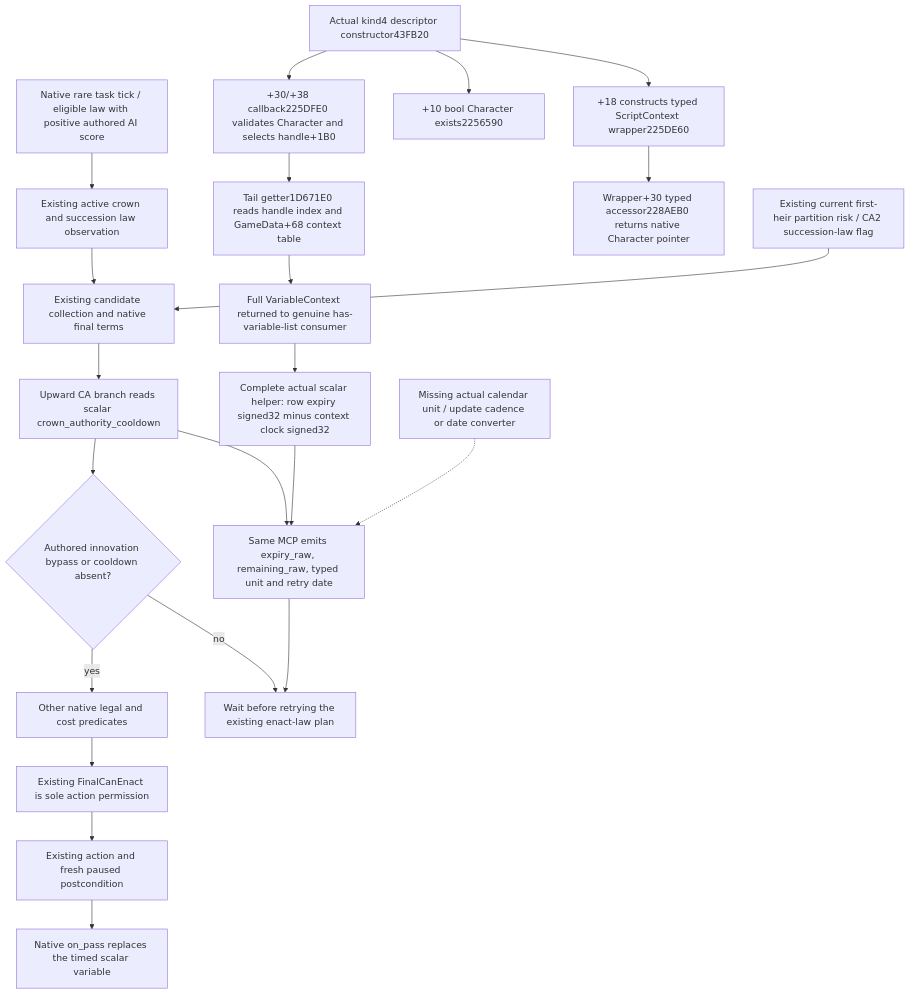
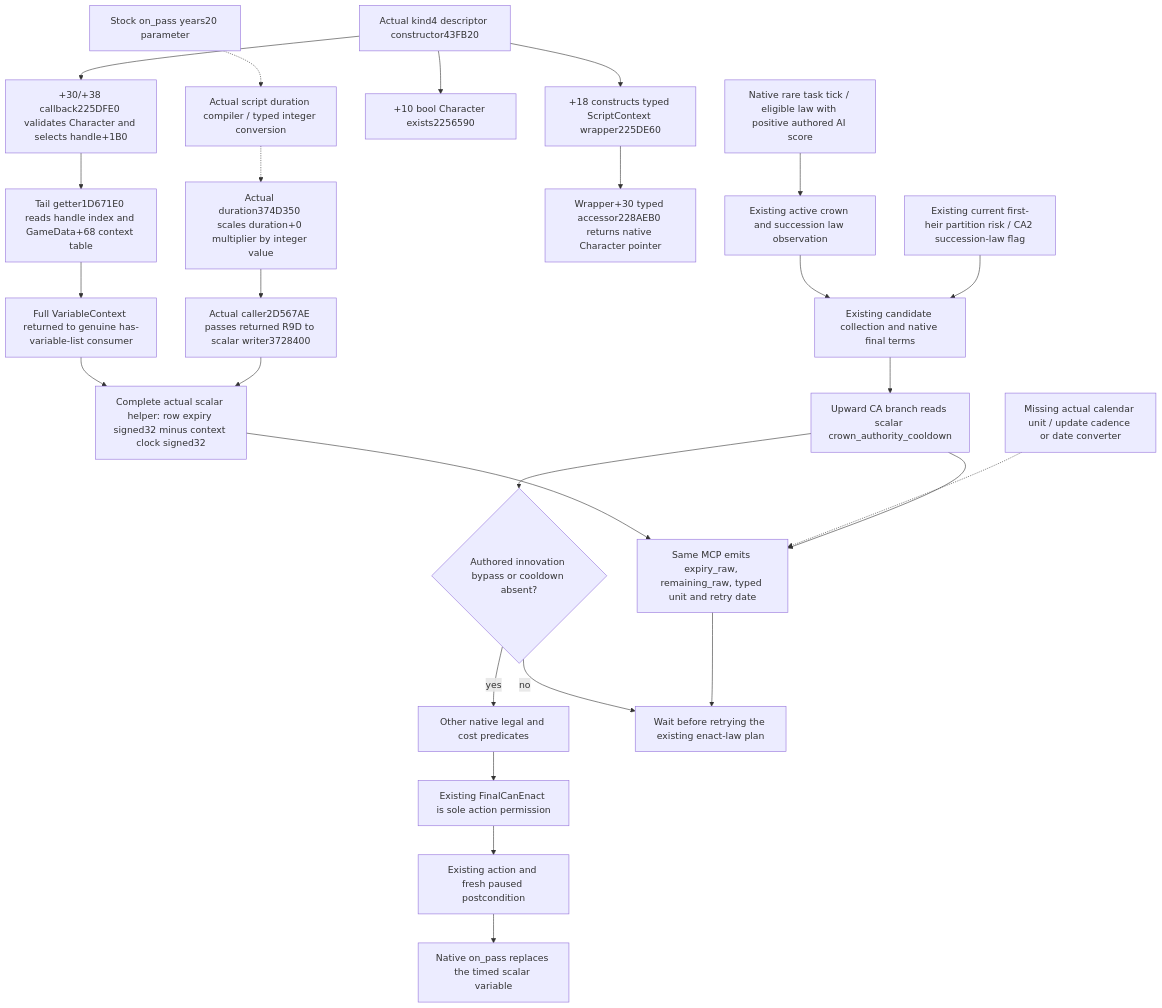
The diagram in docs/ck3-native-ai/crown-authority-cooldown-observer-12004.md (XenoAmess/ck3_eternal_recurrence), drawn with Mermaid before and after one commit. The commit also changed other lines of this file and 5 other files, not shown here.

````diff
--- a/docs/ck3-native-ai/crown-authority-cooldown-observer-12004.md
+++ b/docs/ck3-native-ai/crown-authority-cooldown-observer-12004.md
@@ -13,24 +13,28 @@
 ```mermaid
 flowchart TD
   N[Native rare task tick / eligible law with positive authored AI score] --> A[Existing active crown and succession law observation]
   A --> C[Existing candidate collection and native final terms]
   C --> V[Upward CA branch reads scalar crown_authority_cooldown]
   V --> B{Authored innovation bypass or cooldown absent?}
   B -->|yes| P[Other native legal and cost predicates]
   B -->|no| W[Wait before retrying the existing enact-law plan]
   P --> F[Existing FinalCanEnact is sole action permission]
   F --> O[Existing action and fresh paused postcondition]
   O --> E[Native on_pass replaces the timed scalar variable]
   S[Complete actual scalar helper: row expiry signed32 minus context clock signed32] --> T[Same MCP emits expiry_raw, remaining_raw, typed unit and retry date]
   R[Actual kind4 descriptor constructor43FB20] --> X[+30/+38 callback225DFE0 validates Character and selects handle+1B0]
   R --> K[+10 bool Character exists2256590]
   R --> Y[+18 constructs typed ScriptContext wrapper225DE60]
   X --> G[Tail getter1D671E0 reads handle index and GameData+68 context table]
   G --> Q[Full VariableContext returned to genuine has-variable-list consumer]
   Y --> Z[Wrapper+30 typed accessor228AEB0 returns native Character pointer]
   Q --> S
   U[Missing actual calendar unit / update cadence or date converter] -.-> T
+  D[Stock on_pass years20 parameter] -.-> J[Actual script duration compiler / typed integer conversion]
+  J -.-> I[Actual duration374D350 scales duration+0 multiplier by integer value]
+  I --> SW[Actual caller2D567AE passes returned R9D to scalar writer3728400]
+  SW --> S
   V --> T
   T --> W
   H[Existing current first-heir partition risk / CA2 succession-law flag] --> C
 ```
````
